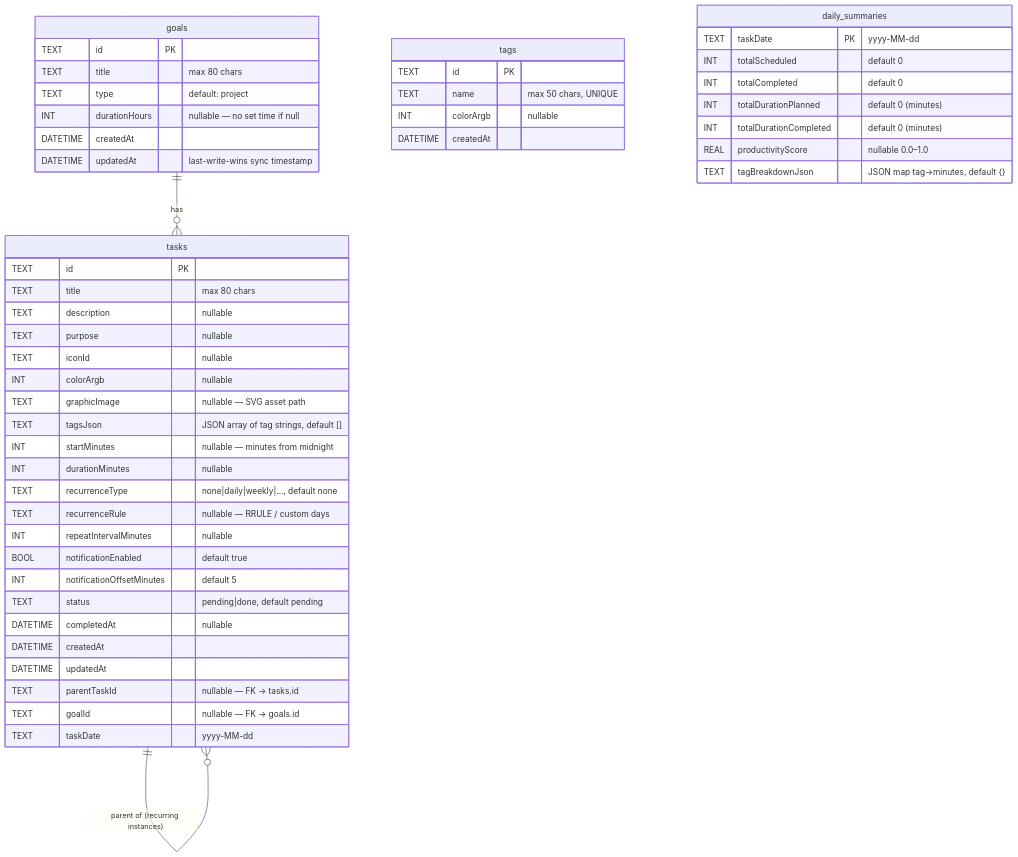
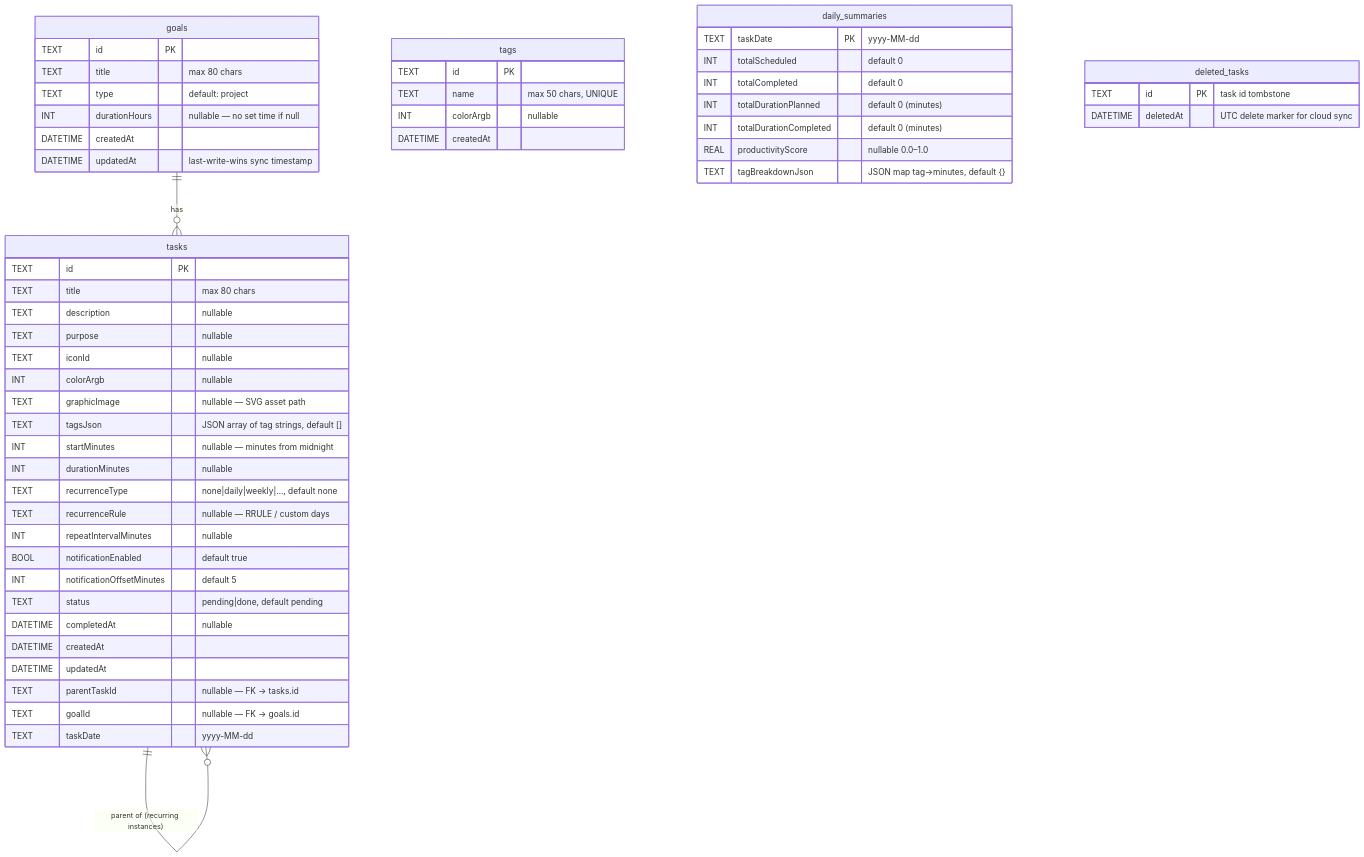
The first of 2 diagrams in docs/er-diagram.md (abhay-byte/TaskStack), drawn with Mermaid before and after one commit. The commit also changed other lines of this file and 6 other files, not shown here.

````diff
--- a/docs/er-diagram.md
+++ b/docs/er-diagram.md
@@ -13,57 +13,62 @@
 ```mermaid
 erDiagram
 
     goals {
         TEXT     id              PK
         TEXT     title           "max 80 chars"
         TEXT     type            "default: project"
         INT      durationHours   "nullable — no set time if null"
         DATETIME createdAt
         DATETIME updatedAt       "last-write-wins sync timestamp"
     }
 
     tasks {
         TEXT     id                       PK
         TEXT     title                    "max 80 chars"
         TEXT     description              "nullable"
         TEXT     purpose                  "nullable"
         TEXT     iconId                   "nullable"
         INT      colorArgb                "nullable"
         TEXT     graphicImage             "nullable — SVG asset path"
         TEXT     tagsJson                 "JSON array of tag strings, default []"
         INT      startMinutes             "nullable — minutes from midnight"
         INT      durationMinutes          "nullable"
         TEXT     recurrenceType           "none|daily|weekly|…, default none"
         TEXT     recurrenceRule           "nullable — RRULE / custom days"
         INT      repeatIntervalMinutes    "nullable"
         BOOL     notificationEnabled      "default true"
         INT      notificationOffsetMinutes "default 5"
         TEXT     status                   "pending|done, default pending"
         DATETIME completedAt              "nullable"
         DATETIME createdAt
         DATETIME updatedAt
         TEXT     parentTaskId             "nullable — FK → tasks.id"
         TEXT     goalId                   "nullable — FK → goals.id"
         TEXT     taskDate                 "yyyy-MM-dd"
     }
 
     tags {
         TEXT     id        PK
         TEXT     name      "max 50 chars, UNIQUE"
         INT      colorArgb "nullable"
         DATETIME createdAt
     }
 
     daily_summaries {
         TEXT  taskDate                  PK  "yyyy-MM-dd"
         INT   totalScheduled                "default 0"
         INT   totalCompleted                "default 0"
         INT   totalDurationPlanned          "default 0 (minutes)"
         INT   totalDurationCompleted        "default 0 (minutes)"
         REAL  productivityScore             "nullable 0.0–1.0"
         TEXT  tagBreakdownJson              "JSON map tag→minutes, default {}"
     }
 
+    deleted_tasks {
+        TEXT     id         PK  "task id tombstone"
+        DATETIME deletedAt      "UTC delete marker for cloud sync"
+    }
+
     goals ||--o{ tasks : "has"
     tasks ||--o{ tasks : "parent of (recurring instances)"
 ```
````
